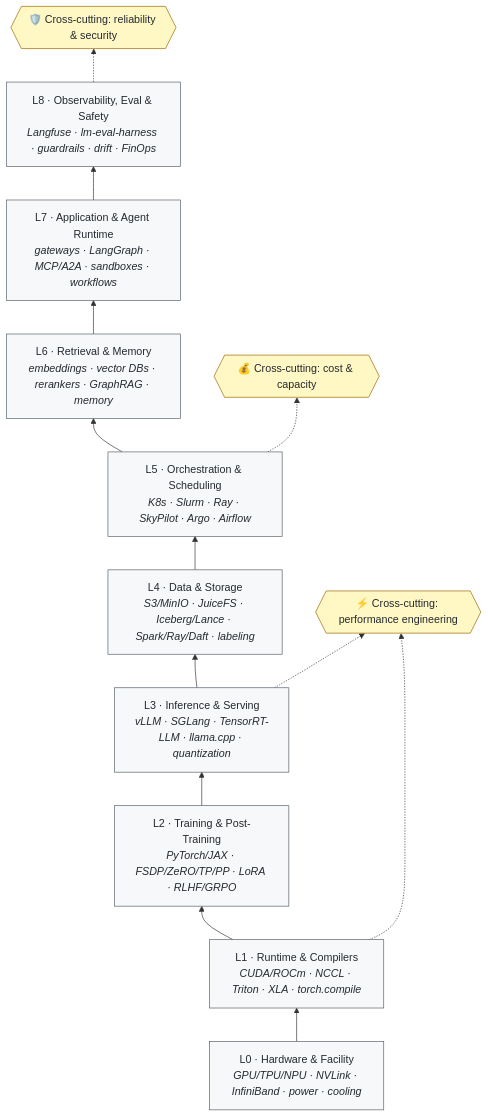
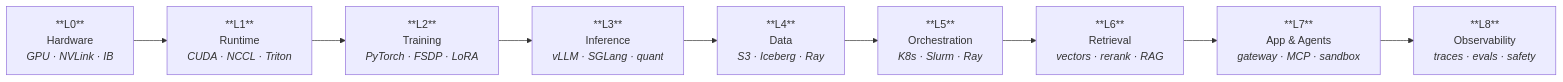
Before and after one commit to iambiniyam/ai-infra-roadmap: the diagram in README.md, drawn with Mermaid. The commit also changed other lines of this file, not shown here.

Commit message:
docs: make the layer map compact (horizontal stack + layer table)

````diff
--- a/README.md
+++ b/README.md
@@ -59,28 +59,14 @@
 ```mermaid
-flowchart BT
-    L0["L0 · Hardware & Facility<br/><i>GPU/TPU/NPU · NVLink · InfiniBand · power · cooling</i>"]
-    L1["L1 · Runtime & Compilers<br/><i>CUDA/ROCm · NCCL · Triton · XLA · torch.compile</i>"]
-    L2["L2 · Training & Post-Training<br/><i>PyTorch/JAX · FSDP/ZeRO/TP/PP · LoRA · RLHF/GRPO</i>"]
-    L3["L3 · Inference & Serving<br/><i>vLLM · SGLang · TensorRT-LLM · llama.cpp · quantization</i>"]
-    L4["L4 · Data & Storage<br/><i>S3/MinIO · JuiceFS · Iceberg/Lance · Spark/Ray/Daft · labeling</i>"]
-    L5["L5 · Orchestration & Scheduling<br/><i>K8s · Slurm · Ray · SkyPilot · Argo · Airflow</i>"]
-    L6["L6 · Retrieval & Memory<br/><i>embeddings · vector DBs · rerankers · GraphRAG · memory</i>"]
-    L7["L7 · Application & Agent Runtime<br/><i>gateways · LangGraph · MCP/A2A · sandboxes · workflows</i>"]
-    L8["L8 · Observability, Eval & Safety<br/><i>Langfuse · lm-eval-harness · guardrails · drift · FinOps</i>"]
+flowchart LR
+    L0["**L0**<br/>Hardware<br/><i>GPU · NVLink · IB</i>"]
+    L1["**L1**<br/>Runtime<br/><i>CUDA · NCCL · Triton</i>"]
+    L2["**L2**<br/>Training<br/><i>PyTorch · FSDP · LoRA</i>"]
+    L3["**L3**<br/>Inference<br/><i>vLLM · SGLang · quant</i>"]
+    L4["**L4**<br/>Data<br/><i>S3 · Iceberg · Ray</i>"]
+    L5["**L5**<br/>Orchestration<br/><i>K8s · Slurm · Ray</i>"]
+    L6["**L6**<br/>Retrieval<br/><i>vectors · rerank · RAG</i>"]
+    L7["**L7**<br/>App & Agents<br/><i>gateway · MCP · sandbox</i>"]
+    L8["**L8**<br/>Observability<br/><i>traces · evals · safety</i>"]
 
     L0 --> L1 --> L2 --> L3 --> L4 --> L5 --> L6 --> L7 --> L8
-
-    X1{{"⚡ Cross-cutting: performance engineering"}}
-    X2{{"💰 Cross-cutting: cost & capacity"}}
-    X3{{"🛡️ Cross-cutting: reliability & security"}}
-
-    L1 -.-> X1
-    L3 -.-> X1
-    L5 -.-> X2
-    L8 -.-> X3
-
-    classDef layer fill:#f6f8fa,stroke:#57606a,stroke-width:1px,color:#24292f;
-    classDef cross fill:#fff8c5,stroke:#9a6700,stroke-width:1px,color:#24292f;
-    class L0,L1,L2,L3,L4,L5,L6,L7,L8 layer;
-    class X1,X2,X3 cross;
 ```
````
